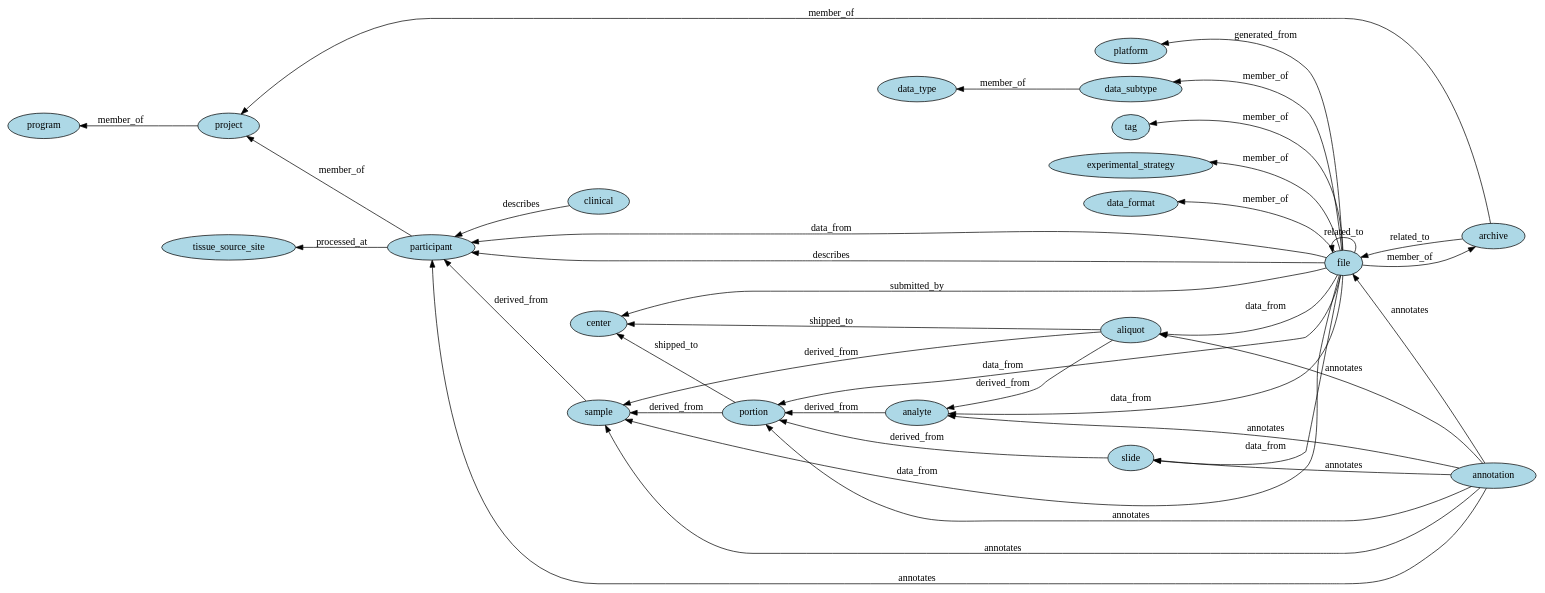
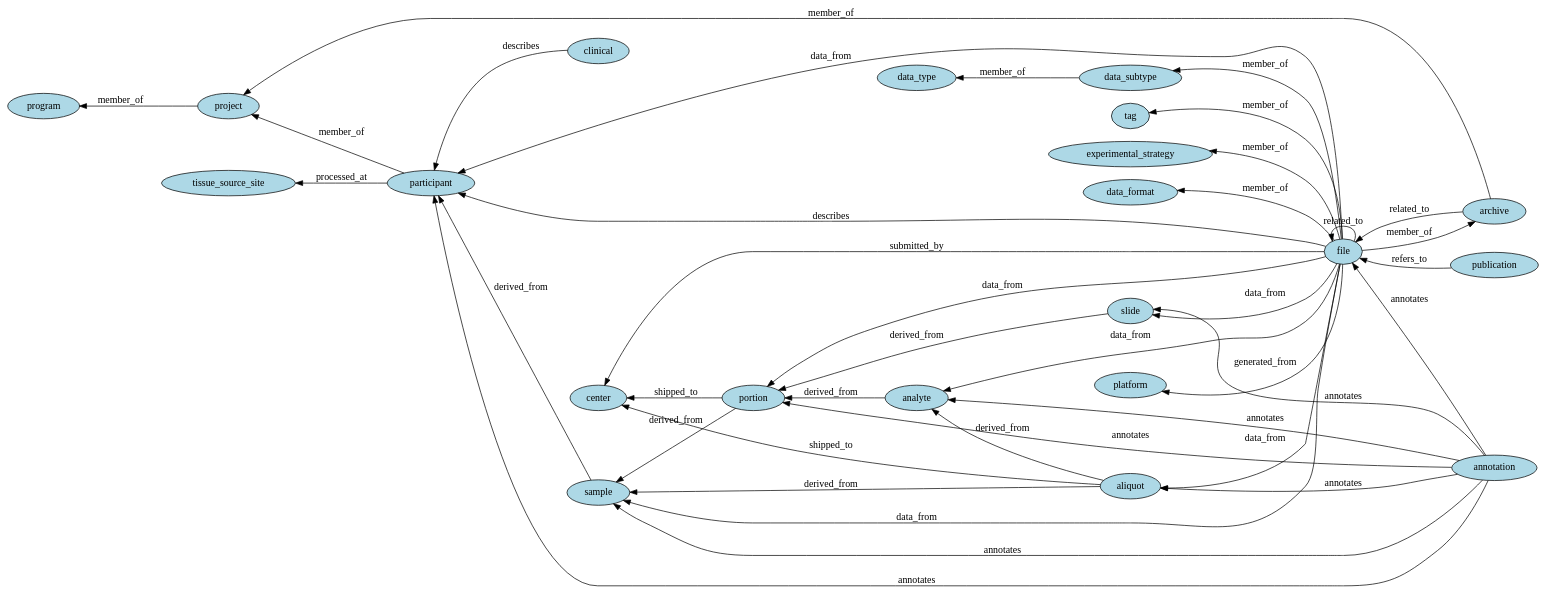
The diagram in docs/viz/gdc_data_model.gv (NCI-GDC/gdcdatamodel), drawn with Graphviz before and after one commit. The commit also changed 3 other files, not shown here.

```diff
--- a/docs/viz/gdc_data_model.gv
+++ b/docs/viz/gdc_data_model.gv
@@ -1,62 +1,64 @@
 // High level graph representation of GDC data model
 digraph {
 	graph [rankdir=RL]
 	node [fillcolor=lightblue style=filled]
 		aliquot [label=aliquot]
 		analyte [label=analyte]
 		portion [label=portion]
 		sample [label=sample]
 		participant [label=participant]
 		project [label=project]
 		program [label=program]
 		center [label=center]
 		platform [label=platform]
 		data_type [label=data_type]
 		data_subtype [label=data_subtype]
 		tag [label=tag]
 		experimental_strategy [label=experimental_strategy]
 		data_format [label=data_format]
 		file [label=file]
 		archive [label=archive]
 		annotation [label=annotation]
 		clinical [label=clinical]
 		slide [label=slide]
 		tissue_source_site [label=tissue_source_site]
+		publication [label=publication]
 			aliquot -> analyte [label=derived_from]
 			aliquot -> sample [label=derived_from]
 			analyte -> portion [label=derived_from]
 			portion -> sample [label=derived_from]
 			sample -> participant [label=derived_from]
 			slide -> portion [label=derived_from]
 			participant -> project [label=member_of]
 			project -> program [label=member_of]
 			archive -> project [label=member_of]
 			file -> archive [label=member_of]
 			file -> experimental_strategy [label=member_of]
 			file -> data_subtype [label=member_of]
 			file -> data_format [label=member_of]
 			file -> tag [label=member_of]
 			data_subtype -> data_type [label=member_of]
 			participant -> tissue_source_site [label=processed_at]
 			file -> platform [label=generated_from]
 			file -> aliquot [label=data_from]
 			file -> analyte [label=data_from]
 			file -> portion [label=data_from]
 			file -> sample [label=data_from]
 			file -> participant [label=data_from]
 			file -> slide [label=data_from]
 			file -> file [label=related_to]
 			archive -> file [label=related_to]
 			file -> participant [label=describes]
 			clinical -> participant [label=describes]
 			annotation -> participant [label=annotates]
 			annotation -> sample [label=annotates]
 			annotation -> slide [label=annotates]
 			annotation -> portion [label=annotates]
 			annotation -> analyte [label=annotates]
 			annotation -> aliquot [label=annotates]
 			annotation -> file [label=annotates]
 			aliquot -> center [label=shipped_to]
 			portion -> center [label=shipped_to]
 			file -> center [label=submitted_by]
+			publication -> file [label=refers_to]
 }
```
